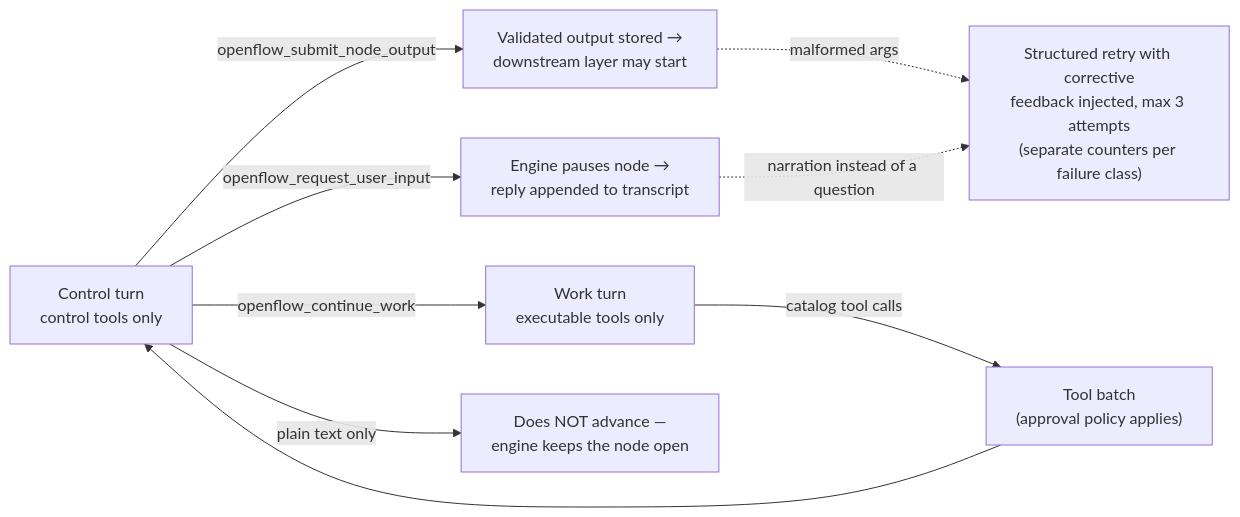
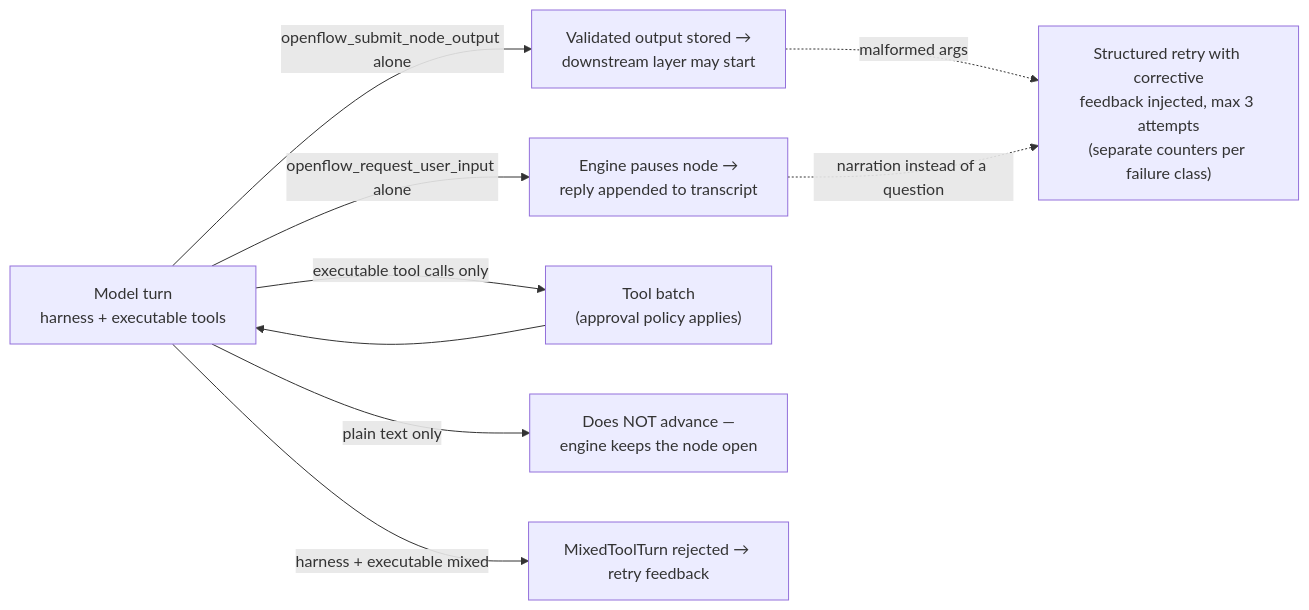
One commit to philbotar/OpenFlow changed the seventh of 8 diagrams in docs/architecture/technical-overview.md. Above: the diagram before and after it, drawn with Mermaid. The commit also changed other lines of this file and 34 other files, not shown here.

Commit message:
Refactor agent request handling by removing `turn_phase` and `work_phase_nodes` from various components. Update related logic to ensure proper tool invocation without phase distinction. This change simplifies the agent's execution model and enhances clarity in tool usage.

````diff
--- a/docs/architecture/technical-overview.md
+++ b/docs/architecture/technical-overview.md
@@ -250,12 +249,12 @@
 ```mermaid
 flowchart LR
-    Control["Control turn<br/>control tools only"] -->|"openflow_submit_node_output"| Submit["Validated output stored →<br/>downstream layer may start"]
-    Control -->|"openflow_request_user_input"| Ask["Engine pauses node →<br/>reply appended to transcript"]
-    Control -->|"openflow_continue_work"| Work["Work turn<br/>executable tools only"]
-    Work -->|"catalog tool calls"| ToolsB["Tool batch<br/>(approval policy applies)"]
-    ToolsB --> Control
-    Control -->|"plain text only"| Nope["Does NOT advance —<br/>engine keeps the node open"]
+    Turn["Model turn<br/>harness + executable tools"] -->|"openflow_submit_node_output alone"| Submit["Validated output stored →<br/>downstream layer may start"]
+    Turn -->|"openflow_request_user_input alone"| Ask["Engine pauses node →<br/>reply appended to transcript"]
+    Turn -->|"executable tool calls only"| ToolsB["Tool batch<br/>(approval policy applies)"]
+    ToolsB --> Turn
+    Turn -->|"plain text only"| Nope["Does NOT advance —<br/>engine keeps the node open"]
+    Turn -->|"harness + executable mixed"| Reject["MixedToolTurn rejected → retry feedback"]
 
     Submit -.->|"malformed args"| Retry["Structured retry with corrective<br/>feedback injected, max 3 attempts<br/>(separate counters per failure class)"]
     Ask -.->|"narration instead of a question"| Retry
 ```
````
